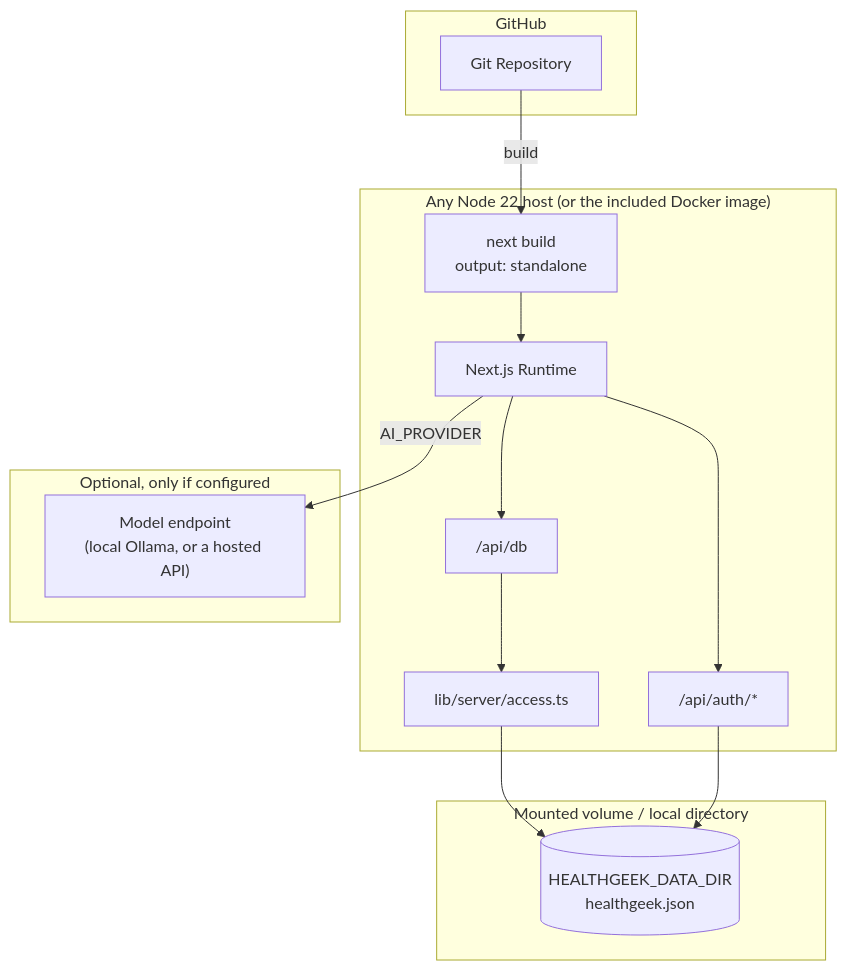
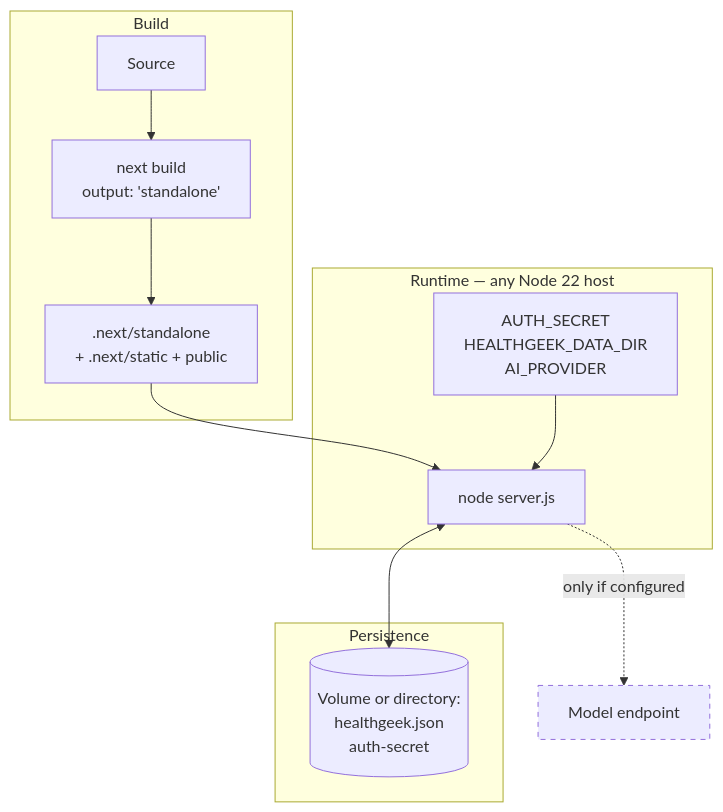
Before and after one commit to knotking/healthgeek: the tenth of 11 diagrams in docs/architecture/README.md, drawn with Mermaid. The commit also changed other lines of this file and 6 other files, not shown here.

````diff
--- a/docs/architecture/README.md
+++ b/docs/architecture/README.md
@@ -216,31 +420,23 @@
 ```mermaid
-graph TB
-    subgraph GitHub
-        Repo[Git Repository]
+flowchart TB
+    subgraph build ["Build"]
+        src["Source"] --> nb["next build<br/>output: 'standalone'"]
+        nb --> art[".next/standalone<br/>+ .next/static + public"]
     end
 
-    subgraph Host ["Any Node 22 host (or the included Docker image)"]
-        Build["next build<br/>output: standalone"]
-        Runtime[Next.js Runtime]
-        AuthRoutes["/api/auth/*"]
-        DbRoute["/api/db"]
-        AccessRules["lib/server/access.ts"]
+    subgraph run ["Runtime — any Node 22 host"]
+        srv["node server.js"]
+        env["AUTH_SECRET<br/>HEALTHGEEK_DATA_DIR<br/>AI_PROVIDER"]
     end
 
-    subgraph Disk ["Mounted volume / local directory"]
-        StoreFile[("HEALTHGEEK_DATA_DIR<br/>healthgeek.json")]
+    subgraph persist ["Persistence"]
+        vol[("Volume or directory:<br/>healthgeek.json<br/>auth-secret")]
     end
 
-    subgraph External ["Optional, only if configured"]
-        Provider["Model endpoint<br/>(local Ollama, or a hosted API)"]
-    end
+    art --> srv
+    env --> srv
+    srv <--> vol
+    srv -.->|"only if configured"| model["Model endpoint"]
 
-    Repo -->|build| Build
-    Build --> Runtime
-    Runtime --> AuthRoutes
-    Runtime --> DbRoute
-    DbRoute --> AccessRules
-    AccessRules --> StoreFile
-    AuthRoutes --> StoreFile
-    Runtime -->|AI_PROVIDER| Provider
+    style model stroke-dasharray: 5 5
 ```
````
